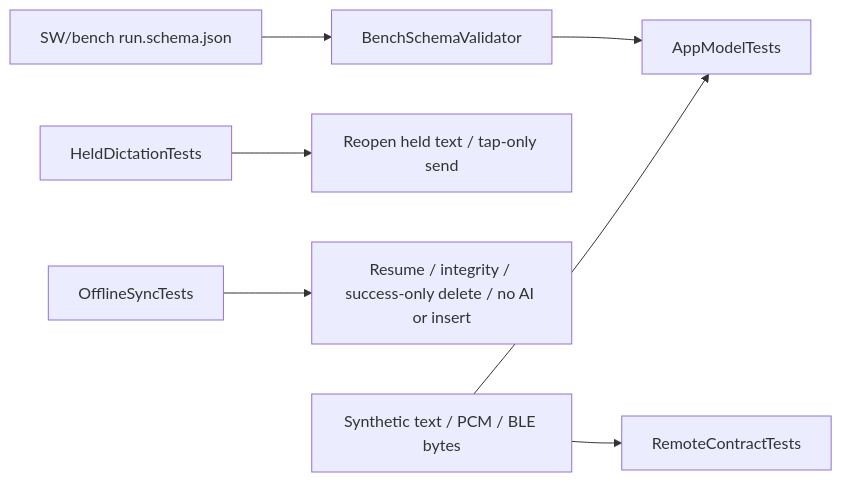
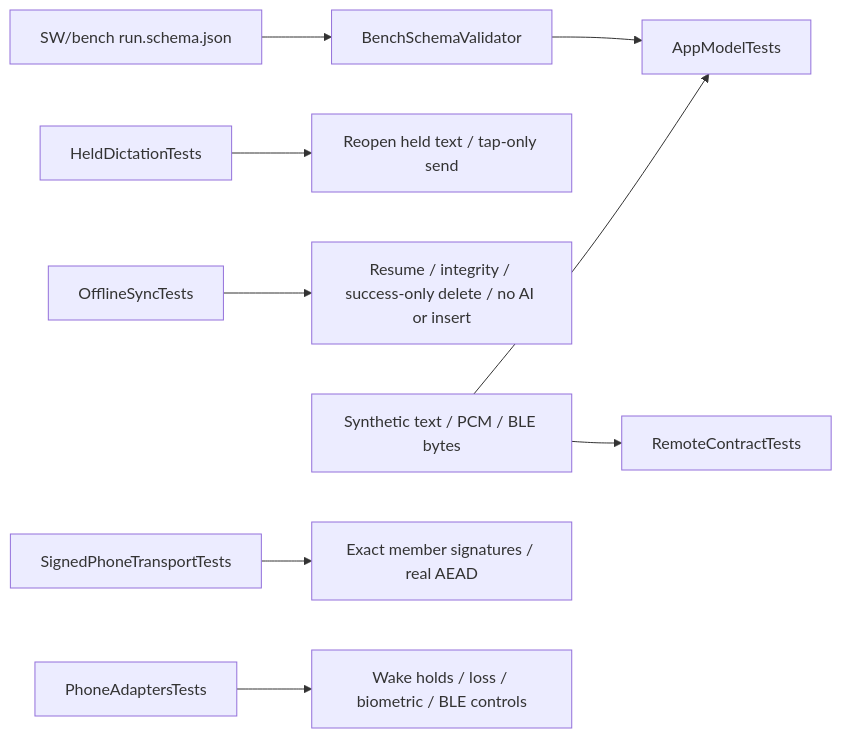
One commit to Harwasch/voiceremote changed the diagram in SW/ios/Packages/AppModel/Tests/README.md. Above: the diagram before and after it, drawn with Mermaid. The commit also changed other lines of this file and 32 other files, not shown here.

Commit message:
SW: phone push wake, audit archive in the app, remote BLE phone side

````diff
--- a/SW/ios/Packages/AppModel/Tests/README.md
+++ b/SW/ios/Packages/AppModel/Tests/README.md
@@ -1,7 +1,9 @@
 ```mermaid
 flowchart LR
   Fixtures[Synthetic text / PCM / BLE bytes] --> AppModelTests & RemoteContractTests
   HeldDictationTests --> Restart[Reopen held text / tap-only send]
   OfflineSyncTests --> Sync[Resume / integrity / success-only delete / no AI or insert]
   Schema[SW/bench run.schema.json] --> BenchSchemaValidator --> AppModelTests
+  SignedPhoneTransportTests --> Proof[Exact member signatures / real AEAD]
+  PhoneAdaptersTests --> Boundaries[Wake holds / loss / biometric / BLE controls]
 ```
````
